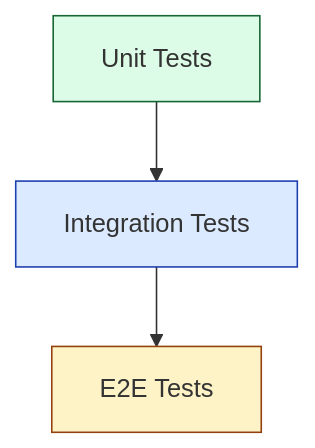
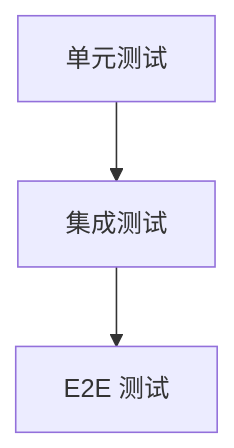
Before and after one commit to Kirky-X/confers: the second of 2 diagrams in docs/CONTRIBUTING.md, drawn with Mermaid. The commit also changed other lines of this file and 15 other files, not shown here.

Commit message:
docs: 文档结构重组(image→assets 统一 assets/ 目录) + 新增 ARCHITECTURE + 内容同步

````diff
--- a/docs/CONTRIBUTING.md
+++ b/docs/CONTRIBUTING.md
@@ -444,9 +322,5 @@
 ```mermaid
 graph TD
-    A[Unit Tests] --> B[Integration Tests]
-    B --> C[E2E Tests]
-
-    style A fill:#DCFCE7,stroke:#166534
-    style B fill:#DBEAFE,stroke:#1E40AF
-    style C fill:#FEF3C7,stroke:#92400E
+    A[单元测试] --> B[集成测试]
+    B --> C[E2E 测试]
 ```
````
